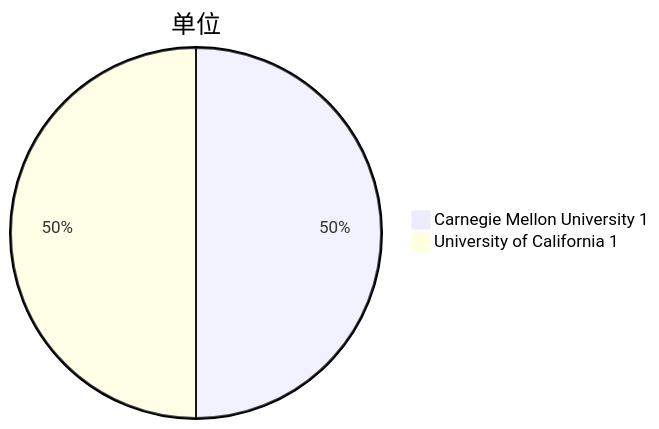
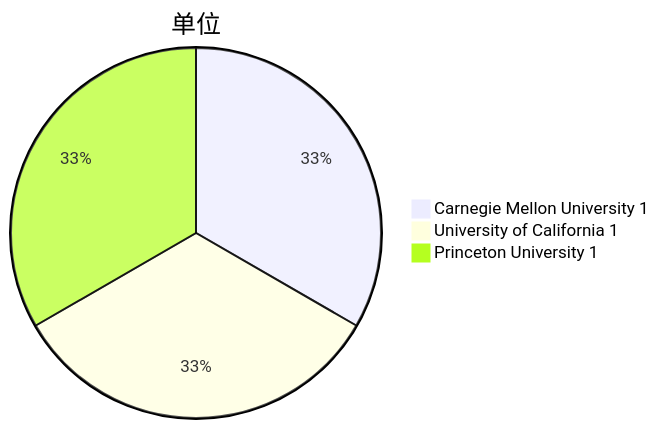
The third of 5 diagrams in Attack/Jailbreak/analyse.md (Elephant-King9/Paper), drawn with Mermaid before and after one commit. The commit also changed other lines of this file and 5 other files, not shown here.

````diff
--- a/Attack/Jailbreak/analyse.md
+++ b/Attack/Jailbreak/analyse.md
@@ -27,5 +28,6 @@
 ```mermaid
 pie title 单位
     "Carnegie Mellon University 1" : 1
     "University of California 1" : 1
+    "Princeton University 1" : 1
 ```
````
